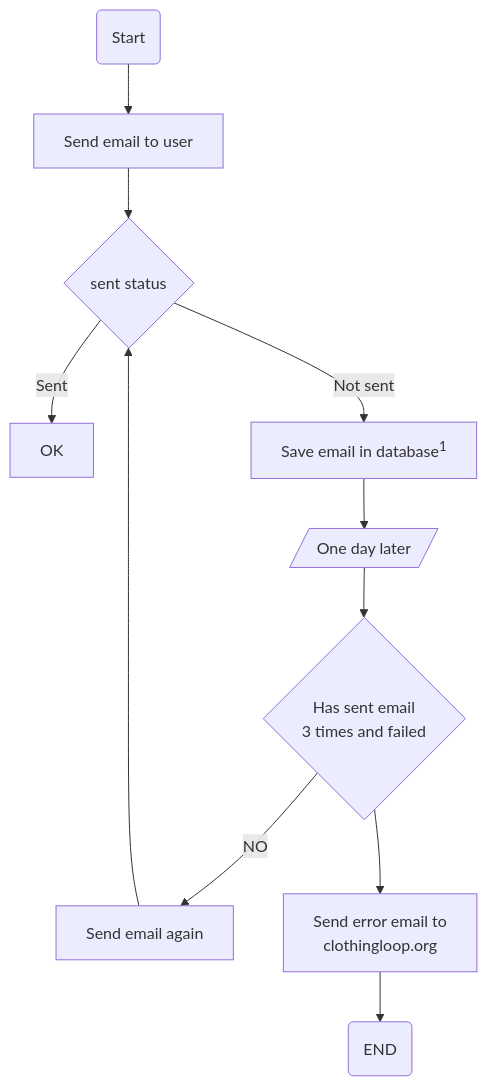
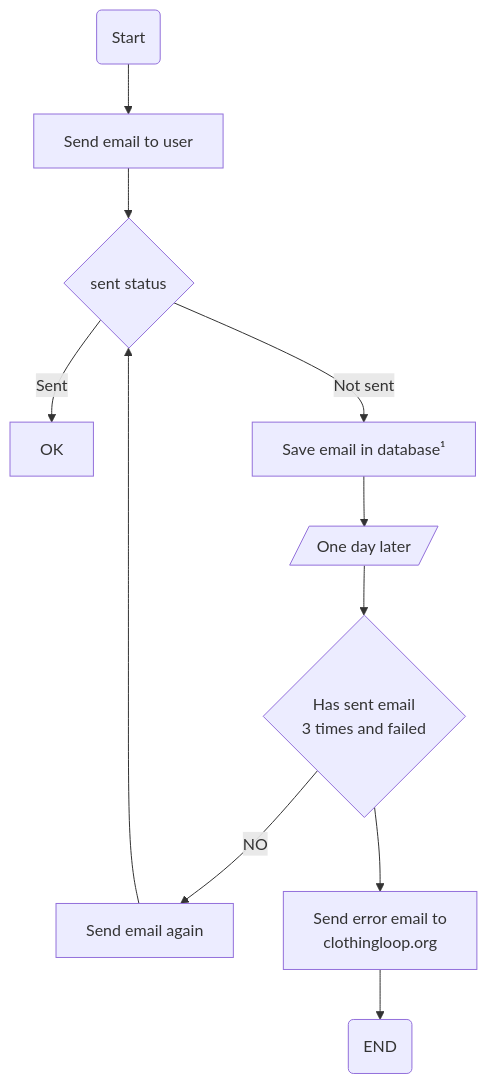
The third of 3 diagrams in server/docs/email_diagrams.md (the-clothing-loop/website), drawn with Mermaid before and after one commit. The commit also changed other lines of this file, not shown here.

Commit message:
Use unicode superscript 1 in documentation

````diff
--- a/server/docs/email_diagrams.md
+++ b/server/docs/email_diagrams.md
@@ -57,13 +57,13 @@
 ```mermaid
 flowchart TD
    ST(Start) --> A
     A[Send email to user]--> B{sent status}
     B -->|Sent| B1[OK]
-    B -->|Not sent| B2[Save email in database<sup>1</sup>]
+    B -->|Not sent| B2["Save email in database¹"]
     B2 --> C[/One day later/]
     C -->E{Has sent email\n3 times and failed}
     E --> |NO| D[Send email again]
     D --> B
     E --> F[Send error email to\nclothingloop.org]
     F --> G(END)
 ```
````
